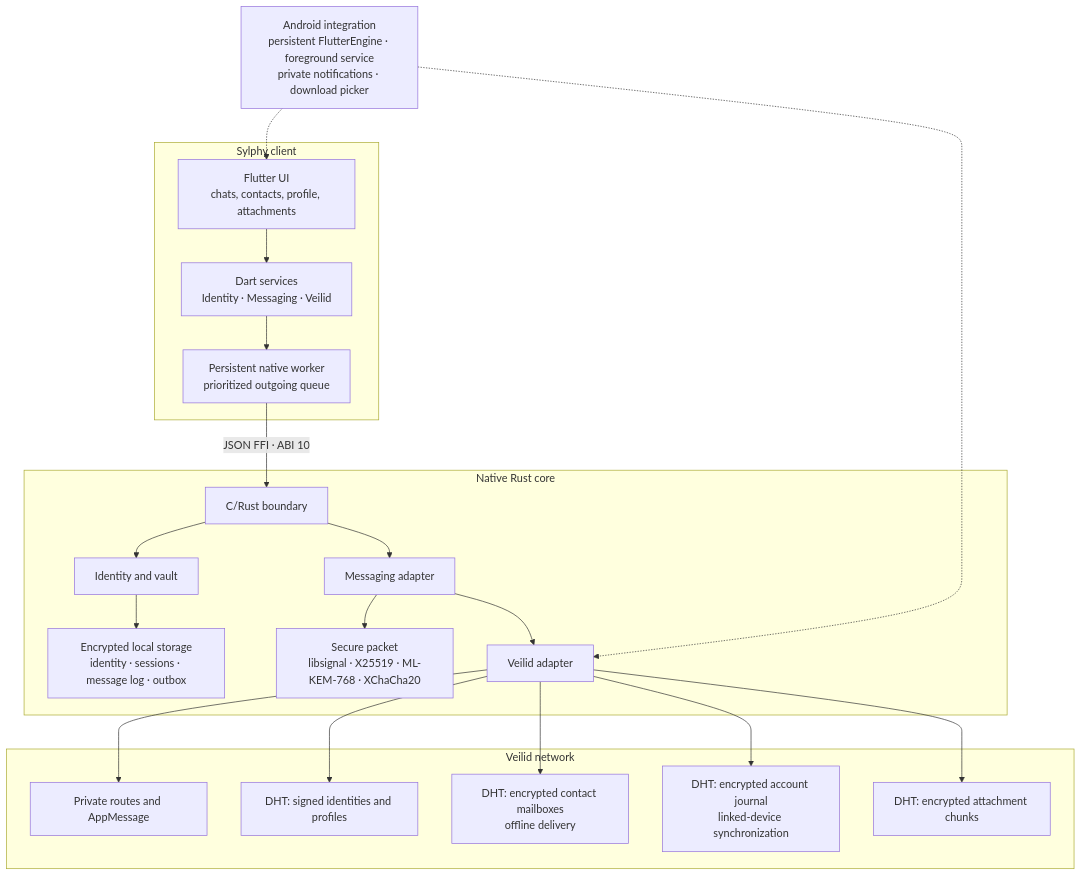
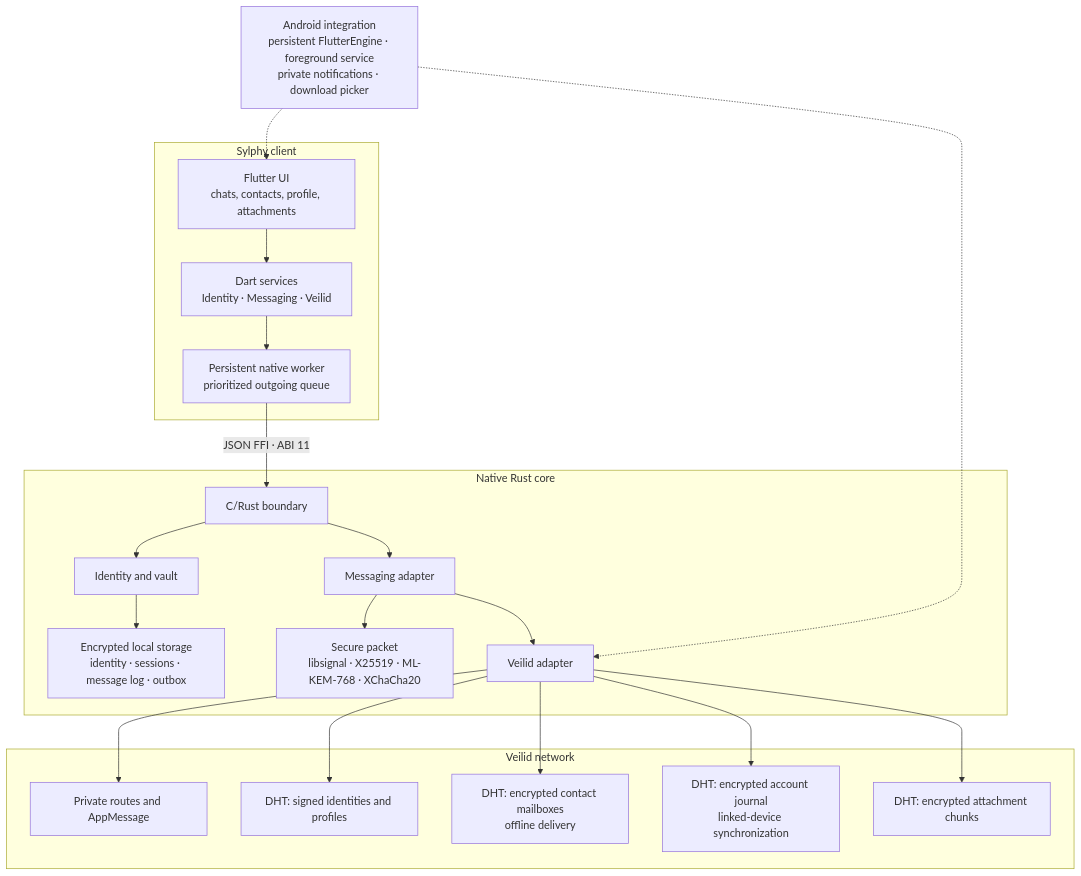
One commit to ImHisako/Sylphy changed the diagram in README.md. Above: the diagram before and after it, drawn with Mermaid. The commit also changed other lines of this file and 29 other files, not shown here.

````diff
--- a/README.md
+++ b/README.md
@@ -85,31 +85,31 @@
 ```mermaid
 flowchart TB
     subgraph Client["Sylphy client"]
         UI["Flutter UI\nchats, contacts, profile, attachments"]
         DS["Dart services\nIdentity · Messaging · Veilid"]
         BG["Persistent native worker\nprioritized outgoing queue"]
         UI --> DS --> BG
     end
 
-    BG -->|"JSON FFI · ABI 10"| FFI["C/Rust boundary"]
+    BG -->|"JSON FFI · ABI 11"| FFI["C/Rust boundary"]
 
     subgraph Core["Native Rust core"]
         FFI --> ID["Identity and vault"]
         FFI --> MSG["Messaging adapter"]
         MSG --> CRYPTO["Secure packet\nlibsignal · X25519 · ML-KEM-768 · XChaCha20"]
         MSG --> VA["Veilid adapter"]
         ID --> LOCAL["Encrypted local storage\nidentity · sessions · message log · outbox"]
     end
 
     subgraph Network["Veilid network"]
         VA --> ROUTE["Private routes and AppMessage"]
         VA --> DHTID["DHT: signed identities and profiles"]
         VA --> PEERMAIL["DHT: encrypted contact mailboxes\noffline delivery"]
         VA --> MAIL["DHT: encrypted account journal\nlinked-device synchronization"]
         VA --> FILES["DHT: encrypted attachment chunks"]
     end
 
     ANDROID["Android integration\npersistent FlutterEngine · foreground service\nprivate notifications · download picker"]
     ANDROID -.-> UI
     ANDROID -.-> VA
 ```
````
